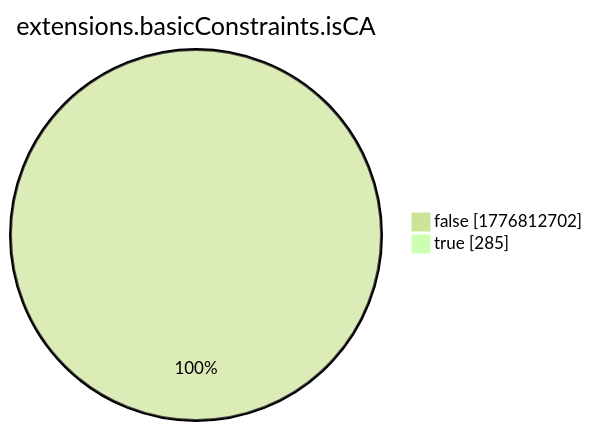
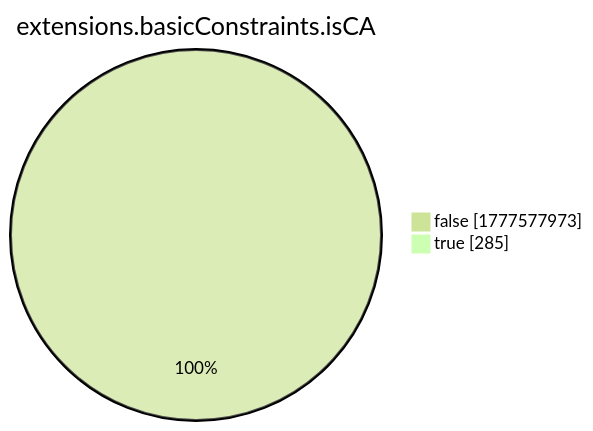
One commit to christiankrug/ctmonitor_visualization changed the eighth of 15 diagrams in xenon2022/README.md. Above: the diagram before and after it, drawn with Mermaid (forest theme). The commit also changed other lines of this file, not shown here.

````diff
--- a/xenon2022/README.md
+++ b/xenon2022/README.md
@@ -2868,6 +2868,6 @@
 ```mermaid
 pie showData
 title extensions.basicConstraints.isCA
-"false" :1776812702
+"false" :1777577973
 "true" :285
 ```
````
